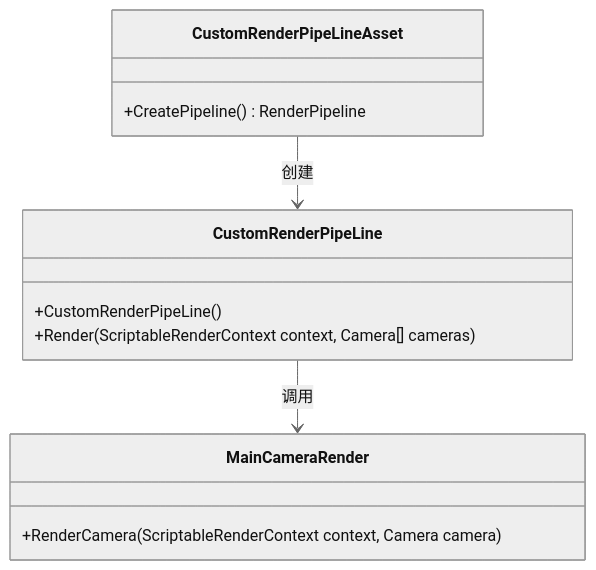
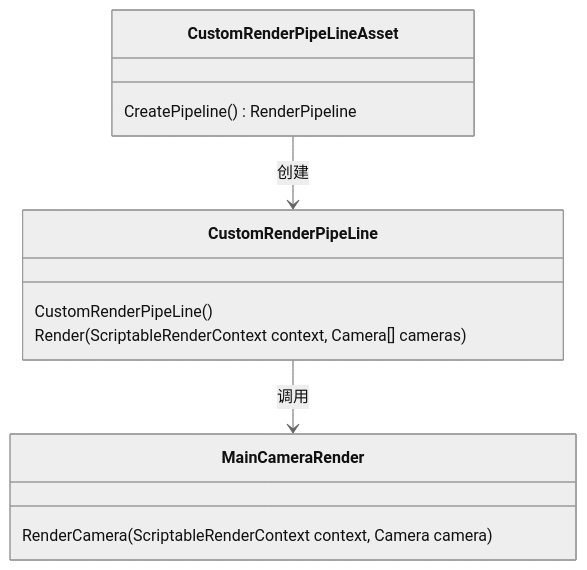
The diagram in _posts/Shaders_Tutorial/2020-06-10-unity SRP下shader.md (Conerlius/conerlius.github.io), drawn with Mermaid (neutral theme) before and after one commit. The commit also changed other lines of this file, not shown here.

````diff
--- a/_posts/Shaders_Tutorial/2020-06-10-unity SRP下shader.md
+++ b/_posts/Shaders_Tutorial/2020-06-10-unity SRP下shader.md
@@ -23,15 +23,15 @@
 ```mermaid
 classDiagram
     class CustomRenderPipeLineAsset {
-        +CreatePipeline() RenderPipeline
+        CreatePipeline() RenderPipeline
     }
     class CustomRenderPipeLine{
-        +CustomRenderPipeLine()
-        +Render(ScriptableRenderContext context, Camera[] cameras)
+        CustomRenderPipeLine()
+        Render(ScriptableRenderContext context, Camera[] cameras)
     }
     class MainCameraRender{
-        +RenderCamera(ScriptableRenderContext context, Camera camera)
+        RenderCamera(ScriptableRenderContext context, Camera camera)
     }
     CustomRenderPipeLineAsset-->CustomRenderPipeLine : 创建
     CustomRenderPipeLine-->MainCameraRender : 调用
 ```
````
